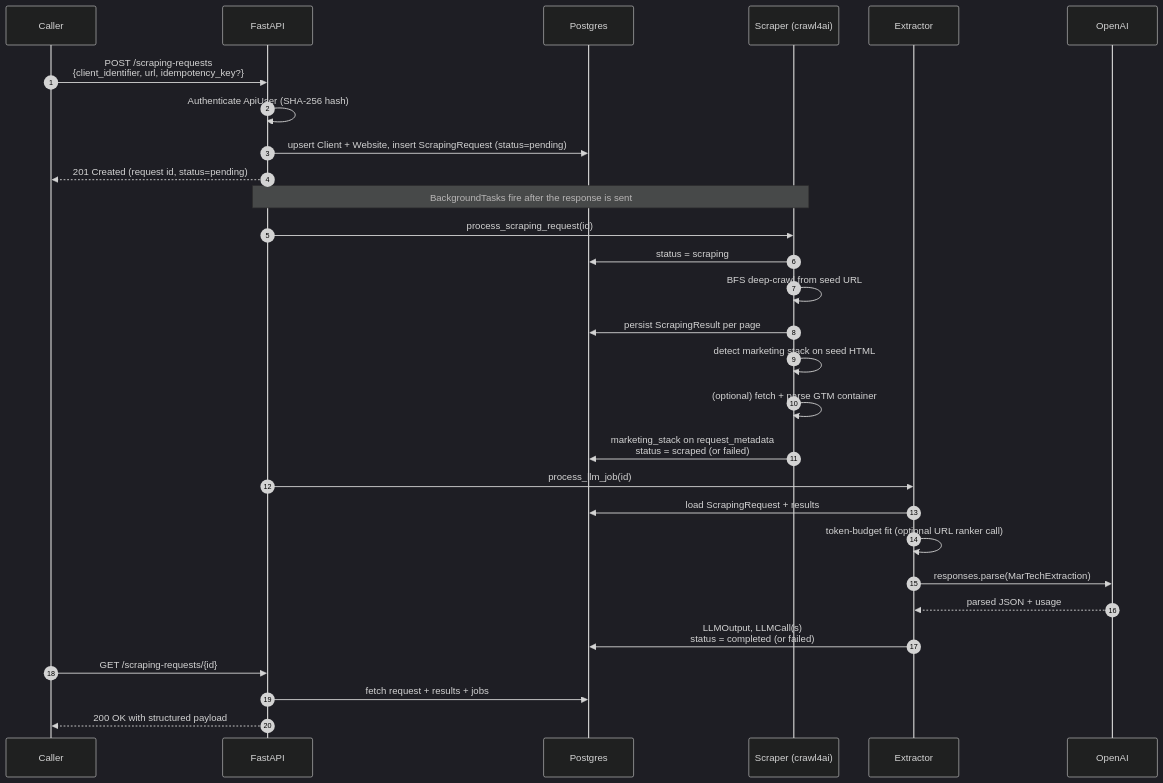
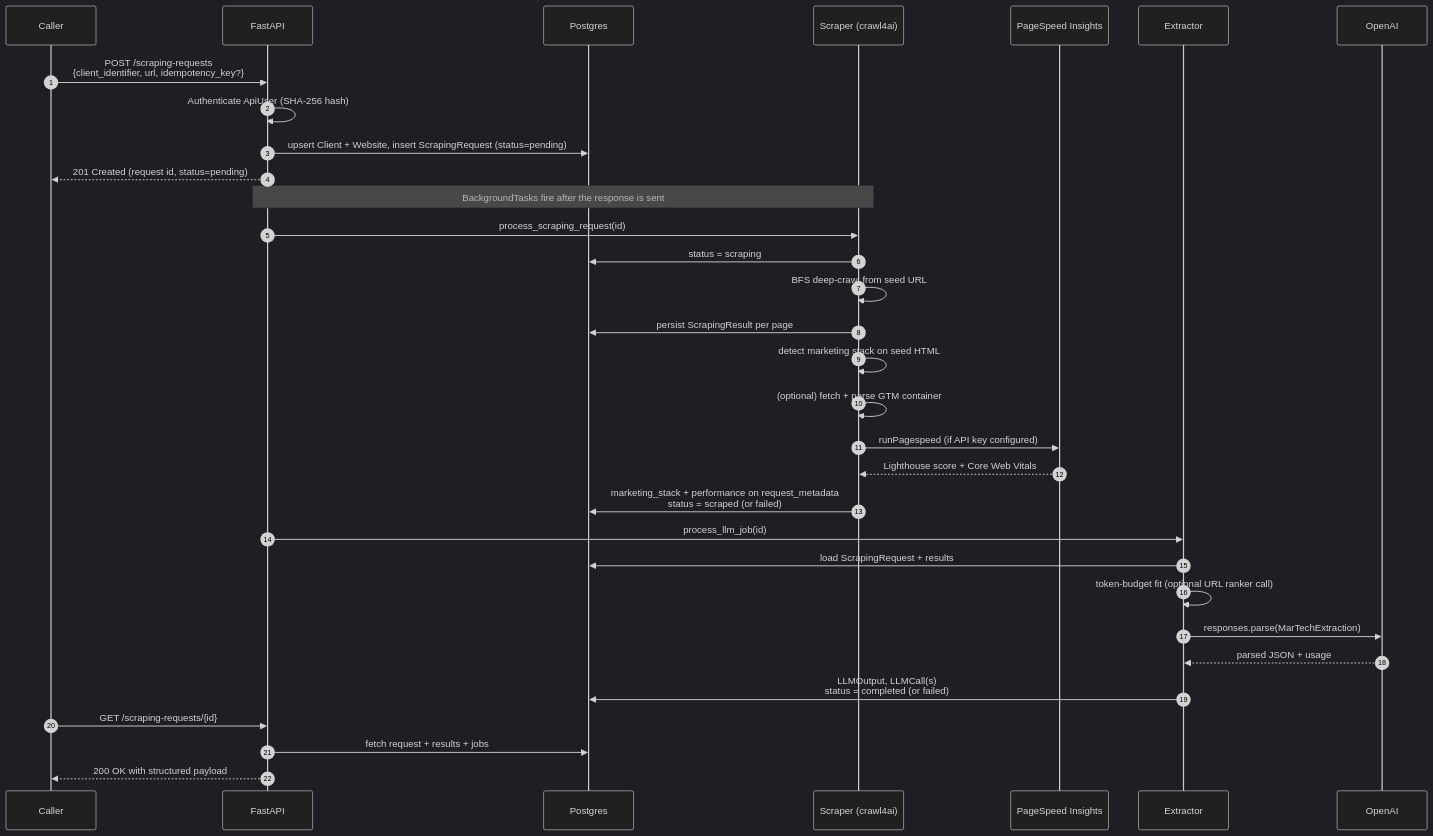
Before and after one commit to adlume-service/deckard: the second of 5 diagrams in README.md, drawn with Mermaid (dark theme). The commit also changed other lines of this file and 11 other files, not shown here.

Commit message:
Add Google PageSpeed Insights enrichment with header auth and retry

````diff
--- a/README.md
+++ b/README.md
@@ -78,36 +86,39 @@
 ```mermaid
 sequenceDiagram
     autonumber
     participant C as Caller
     participant API as FastAPI
     participant DB as Postgres
     participant S as Scraper (crawl4ai)
+    participant P as PageSpeed Insights
     participant E as Extractor
     participant O as OpenAI
 
     C->>API: POST /scraping-requests<br/>{client_identifier, url, idempotency_key?}
     API->>API: Authenticate ApiUser (SHA-256 hash)
     API->>DB: upsert Client + Website, insert ScrapingRequest (status=pending)
     API-->>C: 201 Created (request id, status=pending)
 
     Note over API,S: BackgroundTasks fire after the response is sent
 
     API->>S: process_scraping_request(id)
     S->>DB: status = scraping
     S->>S: BFS deep-crawl from seed URL
     S->>DB: persist ScrapingResult per page
     S->>S: detect marketing stack on seed HTML
     S->>S: (optional) fetch + parse GTM container
-    S->>DB: marketing_stack on request_metadata<br/>status = scraped (or failed)
+    S->>P: runPagespeed (if API key configured)
+    P-->>S: Lighthouse score + Core Web Vitals
+    S->>DB: marketing_stack + performance on request_metadata<br/>status = scraped (or failed)
 
     API->>E: process_llm_job(id)
     E->>DB: load ScrapingRequest + results
     E->>E: token-budget fit (optional URL ranker call)
     E->>O: responses.parse(MarTechExtraction)
     O-->>E: parsed JSON + usage
     E->>DB: LLMOutput, LLMCall(s)<br/>status = completed (or failed)
 
     C->>API: GET /scraping-requests/{id}
     API->>DB: fetch request + results + jobs
     API-->>C: 200 OK with structured payload
 ```
````
